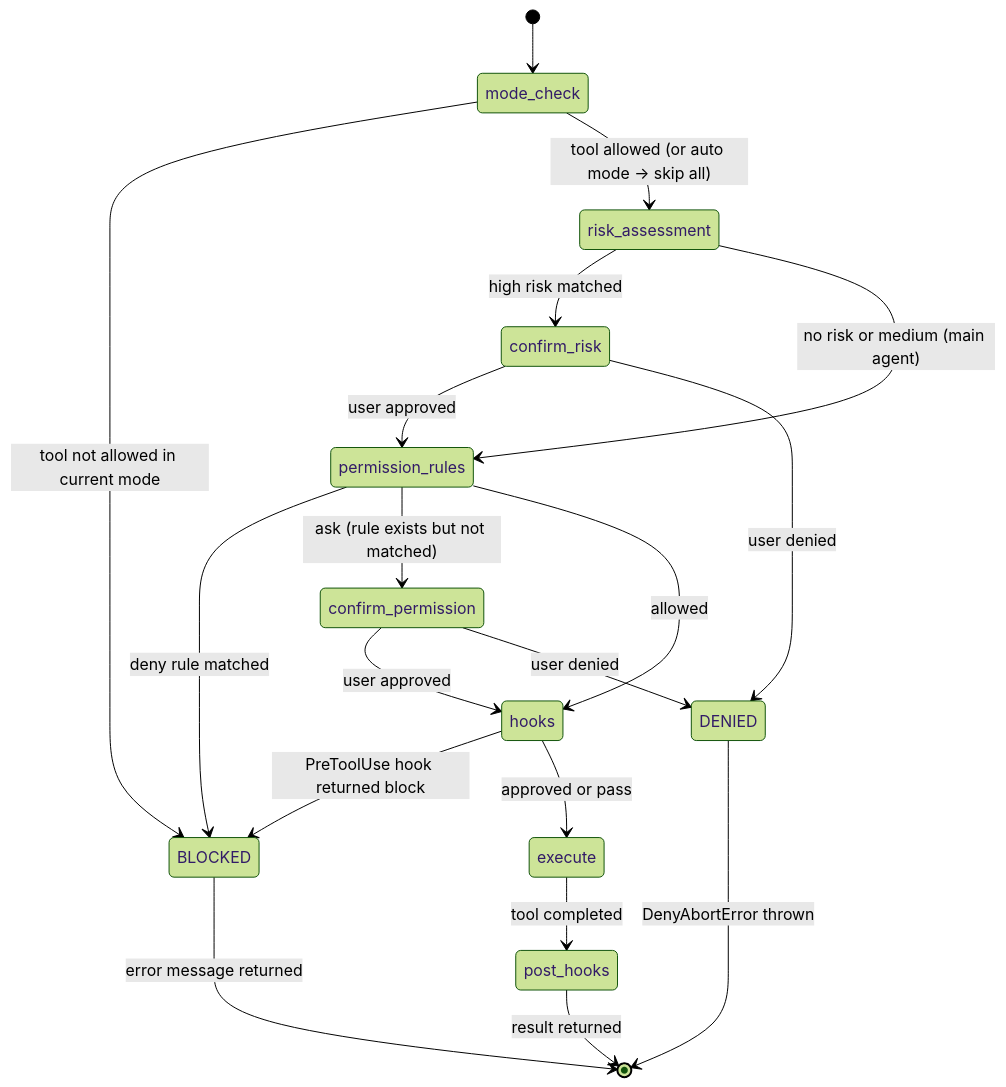
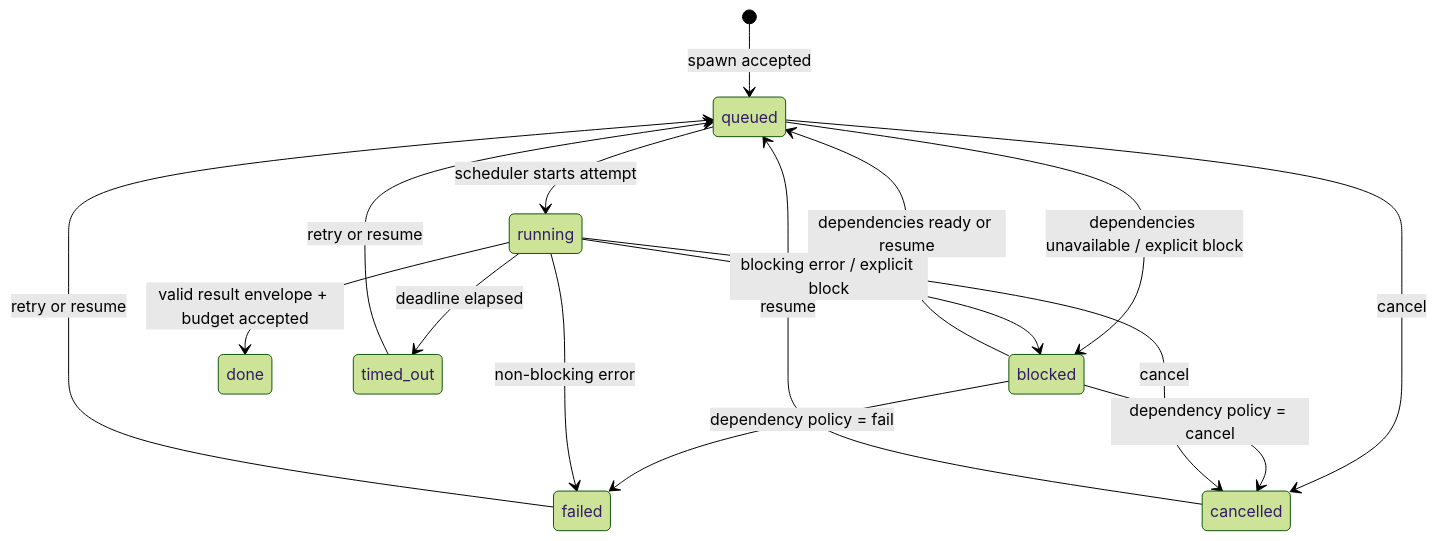
Before and after one commit to Hermenics/deepseek-code: the first of 4 diagrams in _reversa_sdd/state-machines.md, drawn with Mermaid (forest theme). The commit also changed other lines of this file and 151 other files, not shown here.

First line of the commit message:
docs(agents): reorganize skill documentation and expand SDD architecture

````diff
--- a/_reversa_sdd/state-machines.md
+++ b/_reversa_sdd/state-machines.md
@@ -72,27 +9,18 @@
 ```mermaid
 stateDiagram-v2
-    [*] --> mode_check
-
-    mode_check --> BLOCKED : tool not allowed in current mode
-    mode_check --> risk_assessment : tool allowed (or auto mode → skip all)
-
-    risk_assessment --> confirm_risk : high risk matched
-    risk_assessment --> permission_rules : no risk or medium (main agent)
-    confirm_risk --> permission_rules : user approved
-    confirm_risk --> DENIED : user denied
-
-    permission_rules --> BLOCKED : deny rule matched
-    permission_rules --> confirm_permission : ask (rule exists but not matched)
-    permission_rules --> hooks : allowed
-    confirm_permission --> hooks : user approved
-    confirm_permission --> DENIED : user denied
-
-    hooks --> BLOCKED : PreToolUse hook returned block
-    hooks --> execute : approved or pass
-
-    execute --> post_hooks : tool completed
-    post_hooks --> [*] : result returned
-
-    BLOCKED --> [*] : error message returned
-    DENIED --> [*] : DenyAbortError thrown
+  [*] --> queued: spawn accepted
+  queued --> running: scheduler starts attempt
+  queued --> blocked: dependencies unavailable / explicit block
+  queued --> cancelled: cancel
+  blocked --> queued: dependencies ready or resume
+  blocked --> failed: dependency policy = fail
+  blocked --> cancelled: dependency policy = cancel
+  running --> done: valid result envelope + budget accepted
+  running --> failed: non-blocking error
+  running --> blocked: blocking error / explicit block
+  running --> cancelled: cancel
+  running --> timed_out: deadline elapsed
+  failed --> queued: retry or resume
+  cancelled --> queued: resume
+  timed_out --> queued: retry or resume
 ```
````
